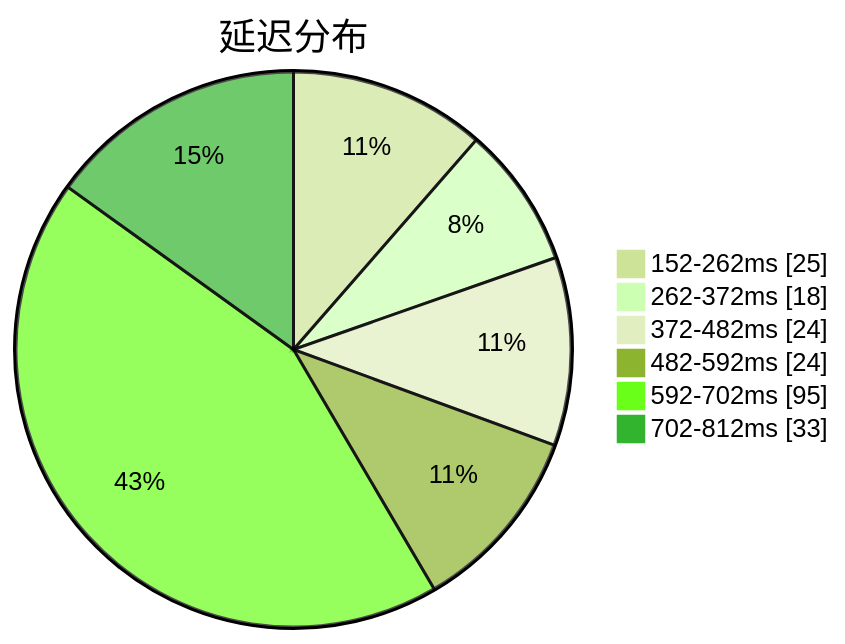
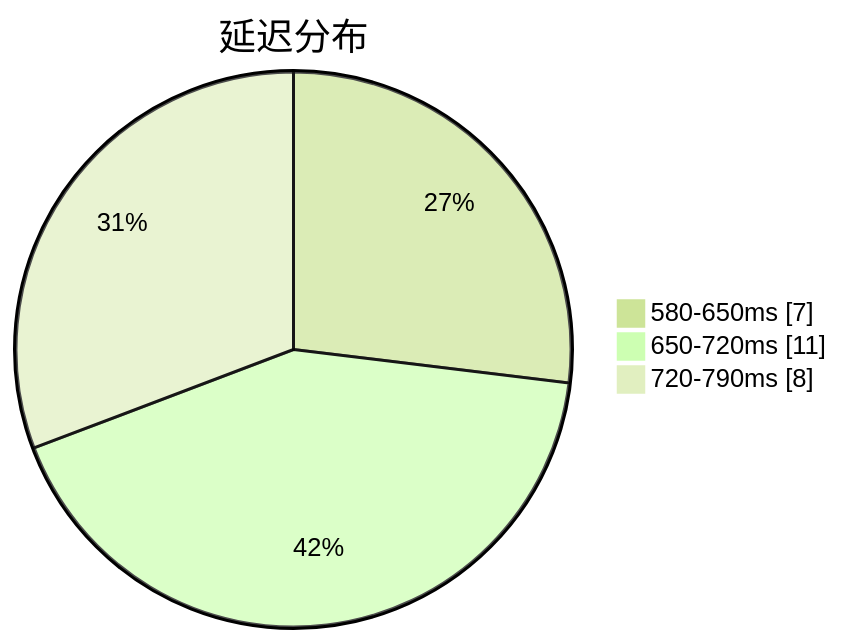
One commit to qjlxg/airport changed the first of 3 diagrams in subs/statistics/tested_within.md. Above: the diagram before and after it, drawn with Mermaid (forest theme). The commit also changed other lines of this file and 2 other files, not shown here.

Commit message:
Tested by metaST

````diff
--- a/subs/statistics/tested_within.md
+++ b/subs/statistics/tested_within.md
@@ -2,10 +2,7 @@
 ```mermaid
 pie showData
 title 延迟分布
-"152-262ms" : 25
-"262-372ms" : 18
-"372-482ms" : 24
-"482-592ms" : 24
-"592-702ms" : 95
-"702-812ms" : 33
+"580-650ms" : 7
+"650-720ms" : 11
+"720-790ms" : 8
 ```
````
